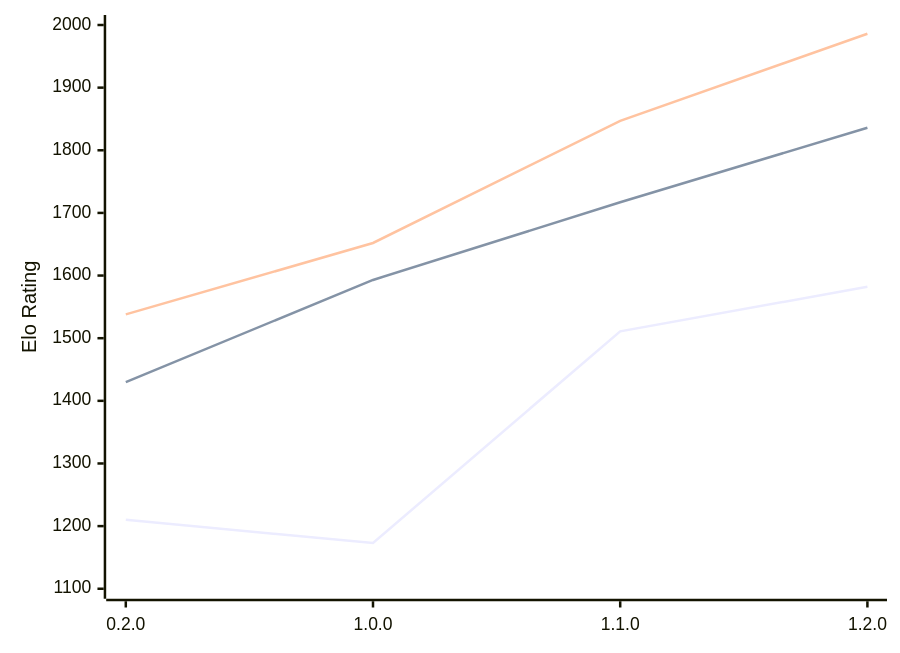
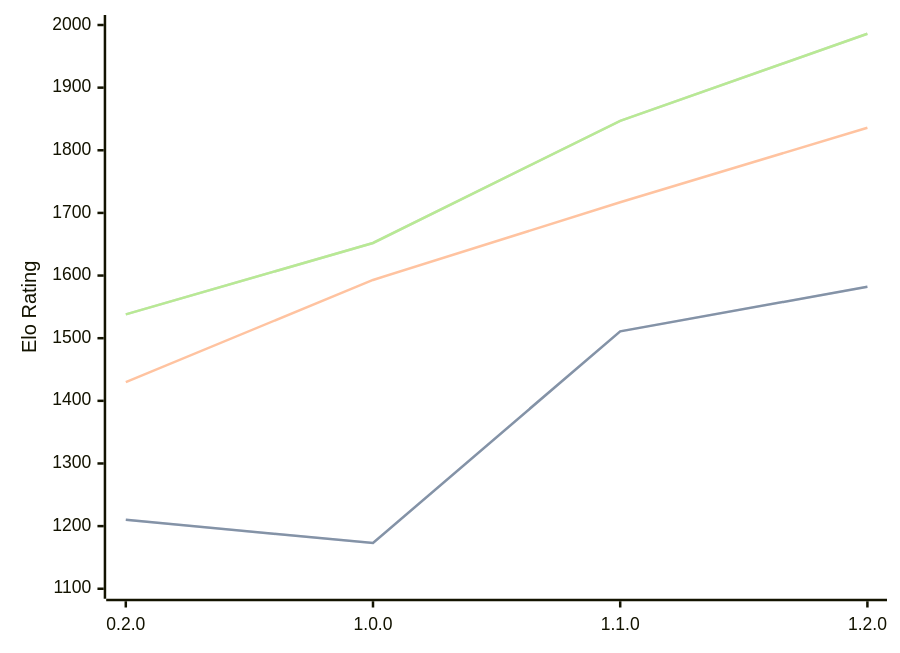
One commit to computer-chess-index/cci changed the diagram in engines/Zeppelin.md. Above: the diagram before and after it, drawn with Mermaid. The commit also changed other lines of this file, not shown here.

Commit message:
Update CCI Ratings (ELO VLTC) - 2026-02-13

````diff
--- a/engines/Zeppelin.md
+++ b/engines/Zeppelin.md
@@ -33,9 +33,11 @@
 ```mermaid
 %%{init: {"theme":"base","themeVariables":{"seriesColors:['#a3a3a3','#222221','#faa371']}}}%%
 xychart-beta
   x-axis ["0.2.0", "1.0.0", "1.1.0", "1.2.0"]
   y-axis "Elo Rating" 1100 --> 2000
   line "STC (8.0+0.08s)" [1210, 1173, 1511, 1582]
+  line "STC (8.0+0.08s)" [1210, 1173, 1511, 1582]
   line "LTC (60.0+0.60s)" [1430, 1593, 1717, 1836]
   line "VLTC (2m24s+1.12s)" [1538, 1652, 1847, 1986]
+  line "VLTC (2m24s+1.12s)" [1538, 1652, 1847, 1986]
 ```
````
